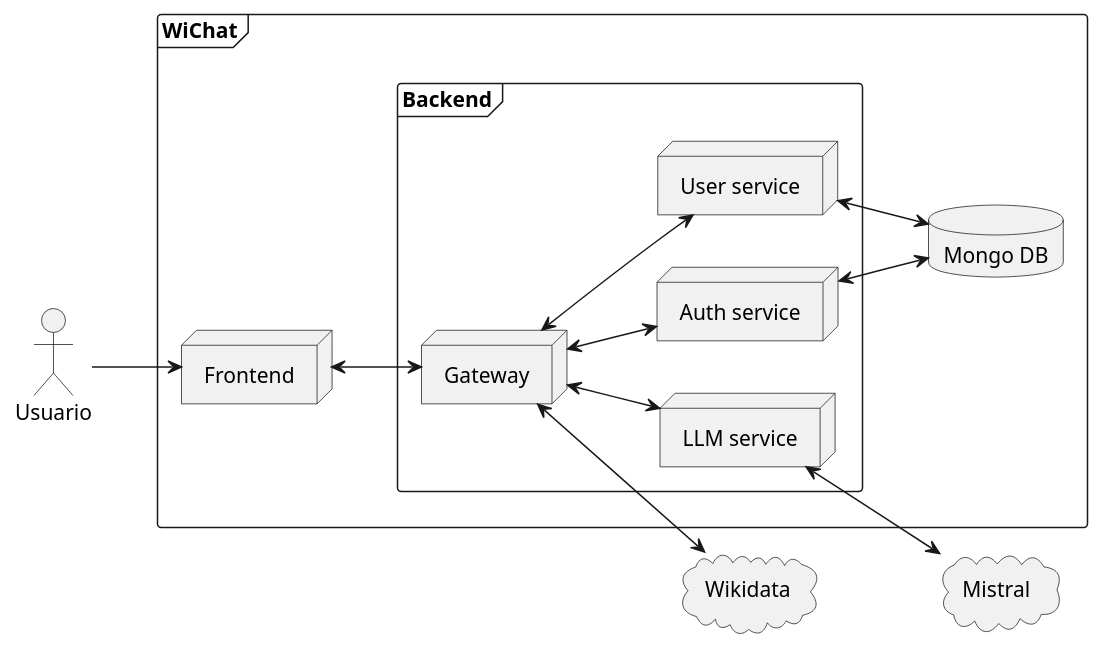
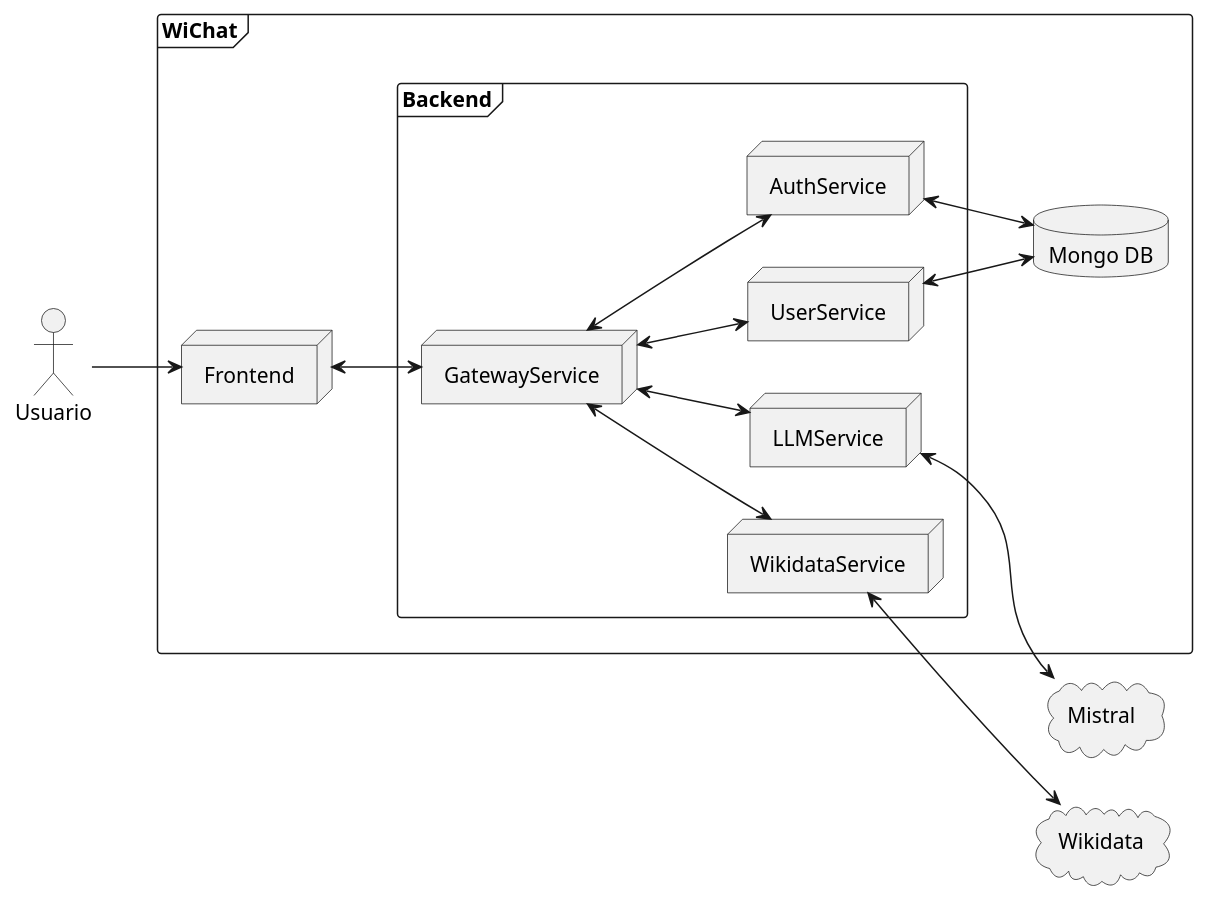
Before and after one commit to Arquisoft/wichat_es5b: the third of 3 diagrams in docs/src/05_building_block_view.adoc, drawn with PlantUML. The commit also changed other lines of this file and 1 other file, not shown here.

Commit message:
Documenatción: cambiados nombres de elementos de los diagramas

```diff
--- a/docs/src/05_building_block_view.adoc
+++ b/docs/src/05_building_block_view.adoc
@@ -174,41 +174,44 @@
 [plantuml,"Backend",png]
 ----
 @startuml
 skinparam monochrome true
 left to right direction
 
 actor "Usuario"
 
 frame WiChat {
   node "Frontend"
 
   frame Backend {
-    node "Gateway"
+    node "GatewayService"
 
-    node "User service"
+    node "UserService"
 
-    node "Auth service"
+    node "AuthService"
 
-    node "LLM service"
+    node "LLMService"
+
+    node "WikidataService"
   }
 
   database "Mongo DB"
 }
 
 cloud "Wikidata"
 
 cloud "Mistral"
 
 "Usuario" --> "Frontend"
-"Frontend" <--> "Gateway"
-"Gateway" <--> "User service"
-"Gateway" <--> "Auth service"
-"Gateway" <--> "LLM service"
-"User service" <--> "Mongo DB"
-"Auth service" <--> "Mongo DB"
-"LLM service" <--> "Mistral"
-"Gateway" <--> "Wikidata"
+"Frontend" <--> "GatewayService"
+"GatewayService" <--> "UserService"
+"GatewayService" <--> "AuthService"
+"GatewayService" <--> "LLMService"
+"GatewayService" <--> "WikidataService"
+"UserService" <--> "Mongo DB"
+"AuthService" <--> "Mongo DB"
+"LLMService" <--> "Mistral"
+"WikidataService" <--> "Wikidata"
 
 
 @enduml
 ----
```
